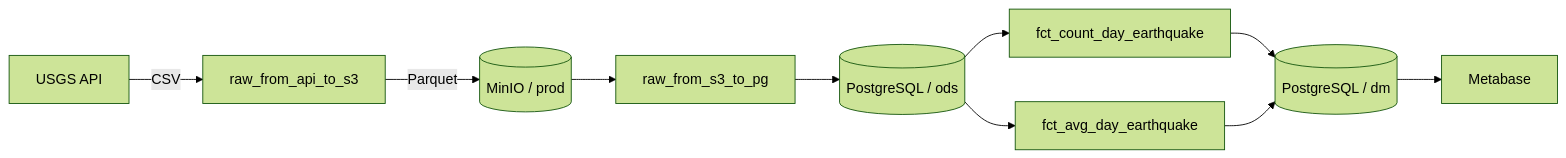
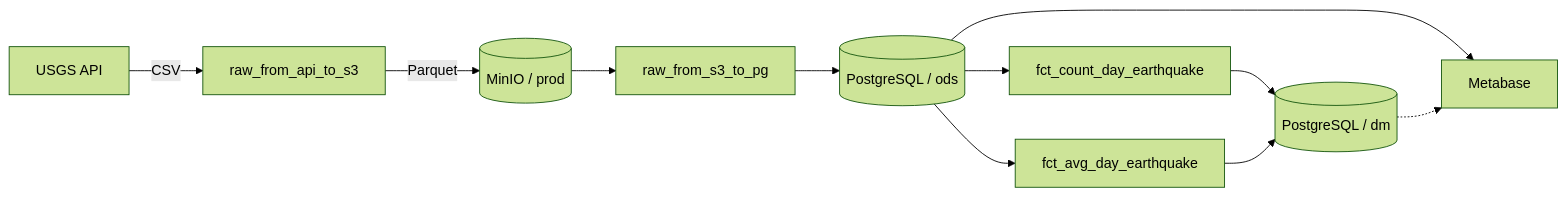
One commit to kostindata/earthquake_data_pipeline changed the diagram in README.md. Above: the diagram before and after it, drawn with Mermaid (forest theme).

Commit message:
Fix README diagram: dashboard reads ODS

````diff
--- a/README.md
+++ b/README.md
@@ -22,12 +22,13 @@
 ```mermaid
 flowchart LR
     USGS[USGS API] -->|CSV| RAW_DAG[raw_from_api_to_s3]
     RAW_DAG -->|Parquet| MINIO[(MinIO / prod)]
     MINIO --> ODS_DAG[raw_from_s3_to_pg]
     ODS_DAG --> ODS[(PostgreSQL / ods)]
     ODS --> COUNT_DAG[fct_count_day_earthquake]
     ODS --> AVG_DAG[fct_avg_day_earthquake]
     COUNT_DAG --> DM[(PostgreSQL / dm)]
     AVG_DAG --> DM
-    DM --> METABASE[Metabase]
+    ODS --> METABASE[Metabase]
+    DM -.-> METABASE
 ```
````
